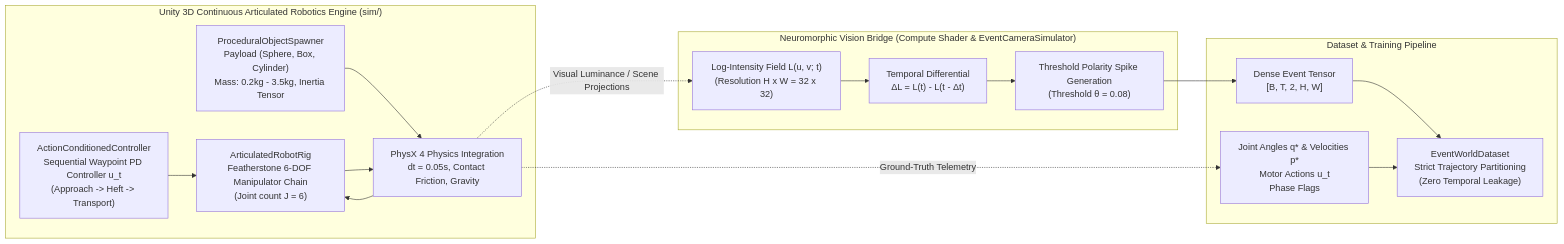
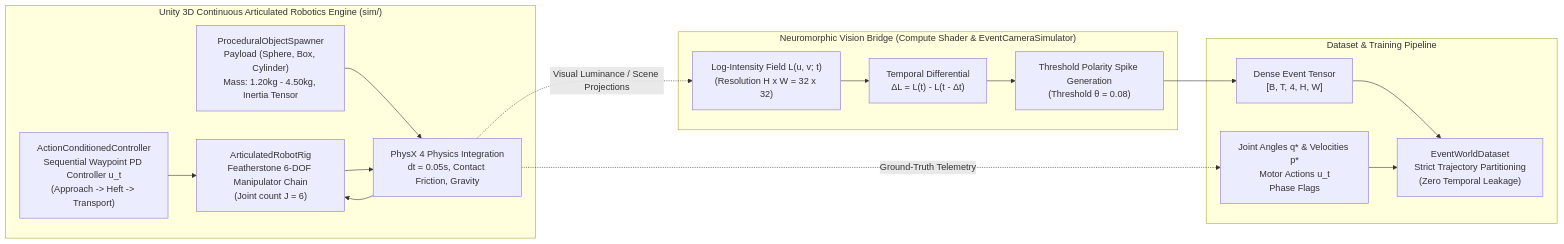
The diagram in docs/WORLD.md (Mattia-Maiorano/Spiking-Neural_Novelty), drawn with Mermaid before and after one commit. The commit also changed other lines of this file and 54 other files, not shown here.

````diff
--- a/docs/WORLD.md
+++ b/docs/WORLD.md
@@ -13,25 +13,25 @@
 ```mermaid
 flowchart LR
     subgraph Unity["Unity 3D Continuous Articulated Robotics Engine (sim/)"]
         Rig["ArticulatedRobotRig\nFeatherstone 6-DOF Manipulator Chain\n(Joint count J = 6)"]
-        Spawner["ProceduralObjectSpawner\nPayload (Sphere, Box, Cylinder)\nMass: 0.2kg - 3.5kg, Inertia Tensor"]
+        Spawner["ProceduralObjectSpawner\nPayload (Sphere, Box, Cylinder)\nMass: 1.20kg - 4.50kg, Inertia Tensor"]
         Ctrl["ActionConditionedController\nSequential Waypoint PD Controller u_t\n(Approach -> Heft -> Transport)"]
         Phys["PhysX 4 Physics Integration\ndt = 0.05s, Contact Friction, Gravity"]
         Spawner --> Phys
         Ctrl --> Rig
         Rig --> Phys
         Phys --> Rig
     end
 
     subgraph Sensor["Neuromorphic Vision Bridge (Compute Shader & EventCameraSimulator)"]
         Phys -.->|"Visual Luminance / Scene Projections"| Render["Log-Intensity Field L(u, v; t)\n(Resolution H x W = 32 x 32)"]
         Render --> Diff["Temporal Differential\nΔL = L(t) - L(t - Δt)"]
         Diff --> Spikes["Threshold Polarity Spike Generation\n(Threshold θ = 0.08)"]
     end
 
     subgraph Output["Dataset & Training Pipeline"]
-        Spikes --> Dense["Dense Event Tensor\n[B, T, 2, H, W]"]
+        Spikes --> Dense["Dense Event Tensor\n[B, T, 4, H, W]"]
         Phys -.->|"Ground-Truth Telemetry"| Kin["Joint Angles q* & Velocities p*\nMotor Actions u_t\nPhase Flags"]
         Dense & Kin --> Dataset["EventWorldDataset\nStrict Trajectory Partitioning\n(Zero Temporal Leakage)"]
     end
 ```
````
